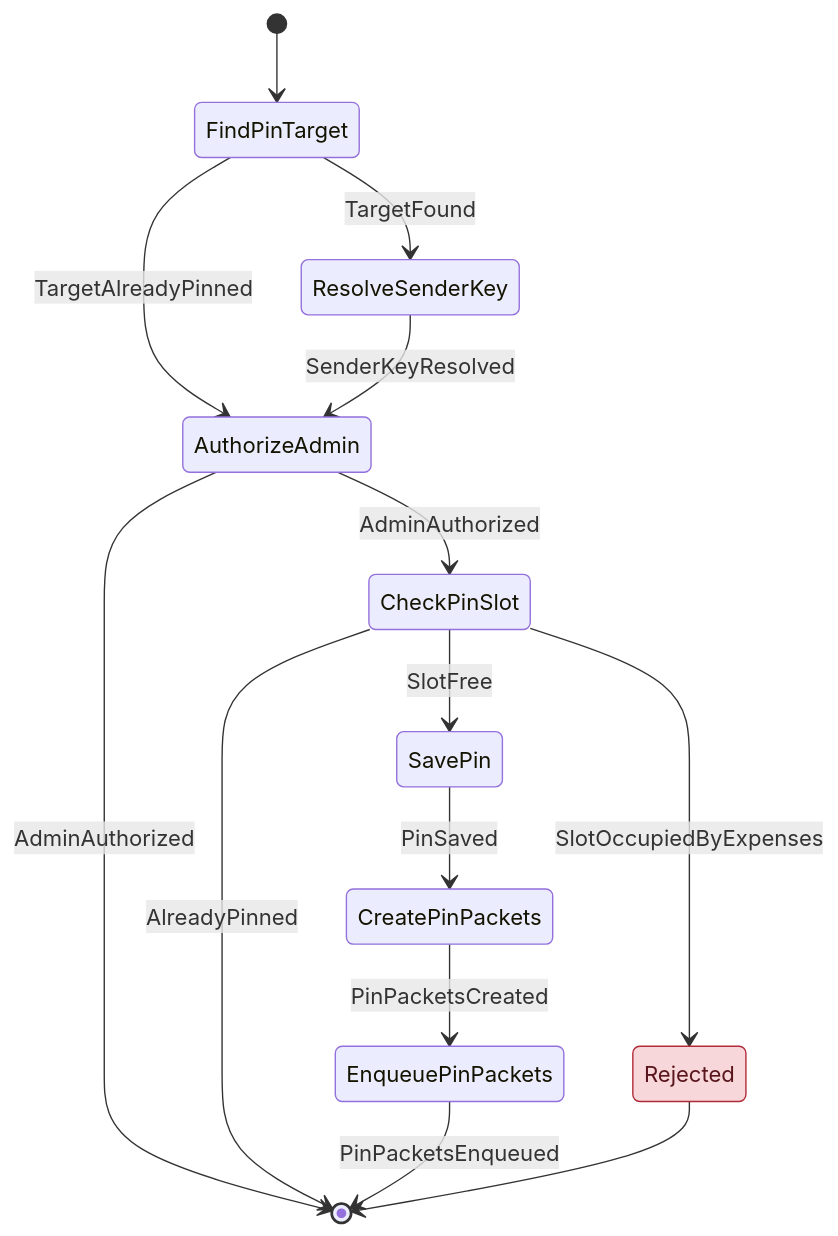
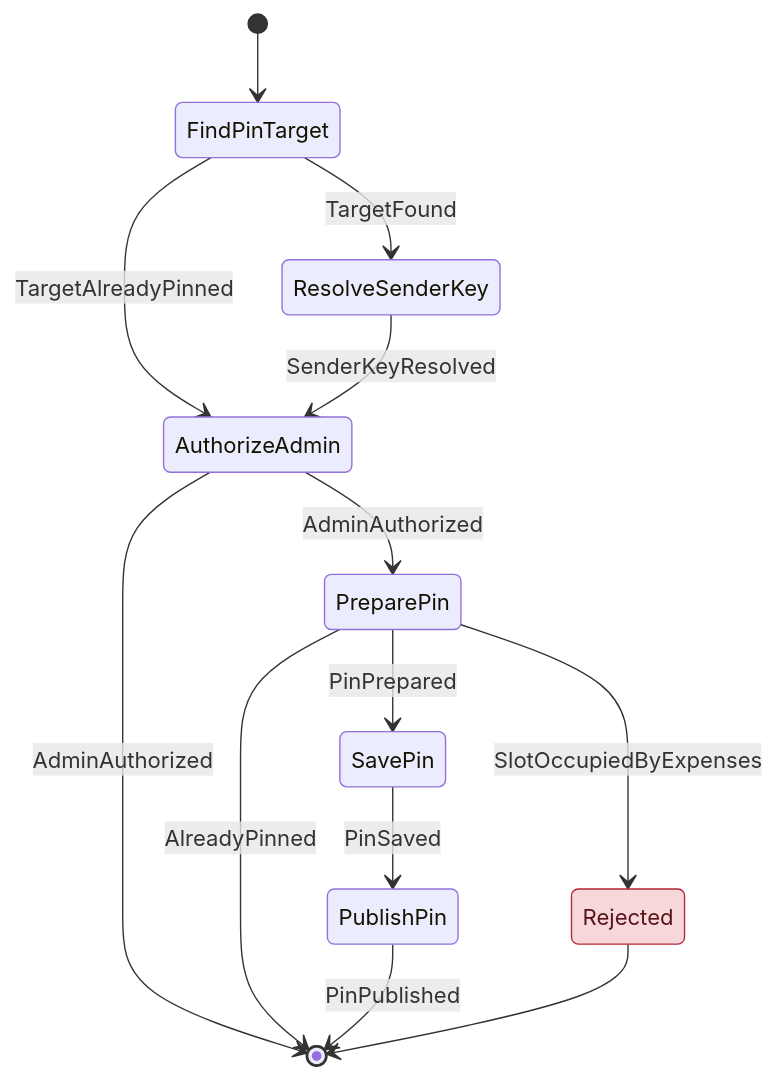
Diagram 16 of 19 in docs/architecture/workflows/groupstate.md (cbgm/Sparrow), drawn with Mermaid before and after one commit. The commit also changed other lines of this file and 377 other files, not shown here.

````diff
--- a/docs/architecture/workflows/groupstate.md
+++ b/docs/architecture/workflows/groupstate.md
@@ -328,18 +430,17 @@
 ```mermaid
 stateDiagram-v2
     [*] --> FindPinTarget
     FindPinTarget --> AuthorizeAdmin : TargetAlreadyPinned
     FindPinTarget --> ResolveSenderKey : TargetFound
     ResolveSenderKey --> AuthorizeAdmin : SenderKeyResolved
-    AuthorizeAdmin --> CheckPinSlot : AdminAuthorized
+    AuthorizeAdmin --> PreparePin : AdminAuthorized
     AuthorizeAdmin --> [*] : AdminAuthorized
-    CheckPinSlot --> [*] : AlreadyPinned
-    CheckPinSlot --> SavePin : SlotFree
-    CheckPinSlot --> Rejected : SlotOccupiedByExpenses
-    SavePin --> CreatePinPackets : PinSaved
-    CreatePinPackets --> EnqueuePinPackets : PinPacketsCreated
-    EnqueuePinPackets --> [*] : PinPacketsEnqueued
+    PreparePin --> [*] : AlreadyPinned
+    PreparePin --> SavePin : PinPrepared
+    PreparePin --> Rejected : SlotOccupiedByExpenses
+    SavePin --> PublishPin : PinSaved
+    PublishPin --> [*] : PinPublished
     Rejected --> [*]
     classDef reject fill:#f8d7da,stroke:#b02a37,color:#58151c
     class Rejected reject
 ```
````
